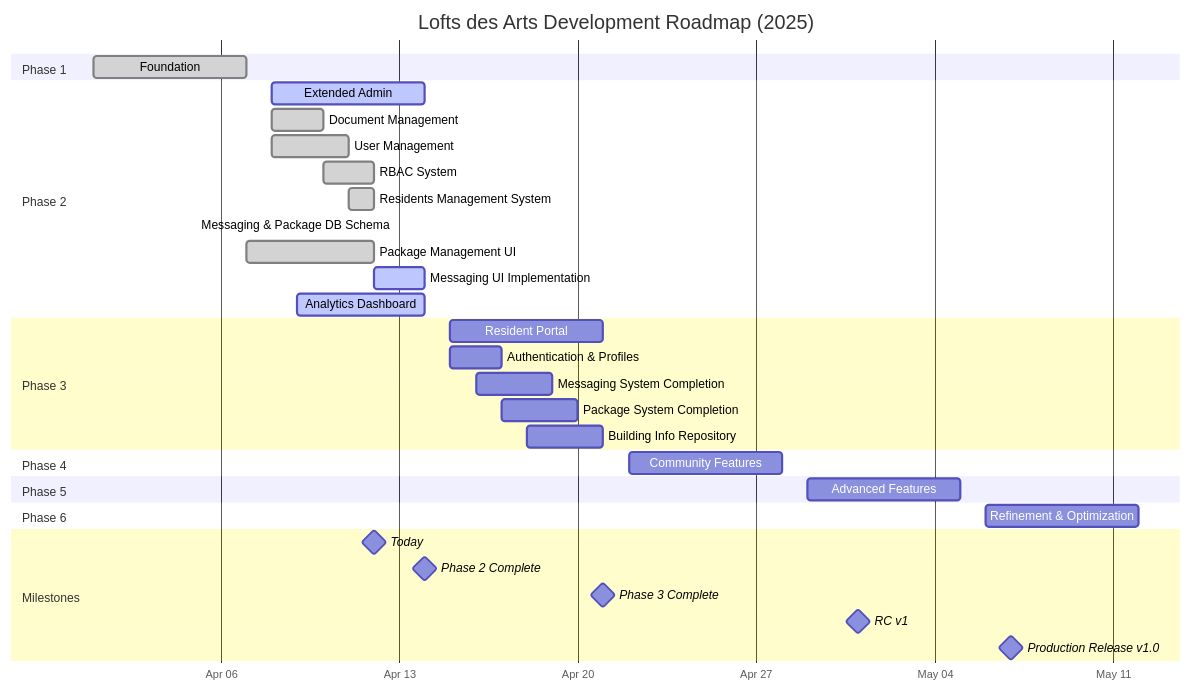
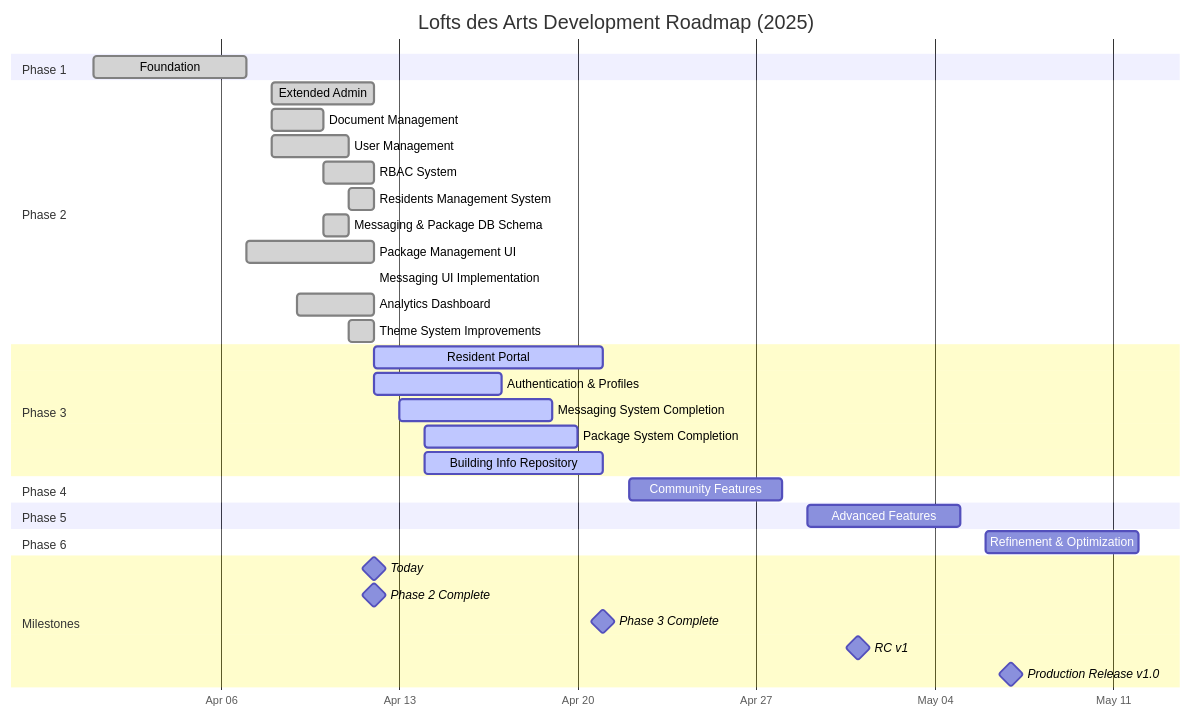
Before and after one commit to mrj0nesmtl/loftsdesarts: the diagram in docs/project-management/ROADMAP.md, drawn with Mermaid. The commit also changed other lines of this file and 38 other files, not shown here.

Commit message:
Complete Phase 2 documentation and project structure improvements

````diff
--- a/docs/project-management/ROADMAP.md
+++ b/docs/project-management/ROADMAP.md
@@ -9,44 +9,45 @@
 ```mermaid
 gantt
     title Lofts des Arts Development Roadmap (2025)
     dateFormat YYYY-MM-DD
     axisFormat %b %d
     todayMarker on
     
     section Phase 1
     Foundation                       :done,    p1, 2025-04-01, 2025-04-07
     
     section Phase 2
-    Extended Admin                   :active,  p2, 2025-04-08, 2025-04-14
+    Extended Admin                   :done,    p2, 2025-04-08, 2025-04-12
     Document Management              :done,    dm, 2025-04-08, 2025-04-10
     User Management                  :done,    um, 2025-04-08, 2025-04-11
     RBAC System                      :done,    rbac, 2025-04-10, 2025-04-12
     Residents Management System      :done,    rms, 2025-04-11, 2025-04-12
-    Messaging & Package DB Schema    :done,    mpdb, 2025-04-12, 2025-04-05
+    Messaging & Package DB Schema    :done,    mpdb, 2025-04-10, 2025-04-11
     Package Management UI            :done,    pmui, 2025-04-07, 2025-04-12
-    Messaging UI Implementation      :active,  mui, 2025-04-12, 2025-04-14
-    Analytics Dashboard              :active,  ad, 2025-04-09, 2025-04-14
+    Messaging UI Implementation      :done,    mui, 2025-04-12, 2025-04-12
+    Analytics Dashboard              :done,    ad, 2025-04-09, 2025-04-12
+    Theme System Improvements        :done,    tsi, 2025-04-11, 2025-04-12
     
     section Phase 3
-    Resident Portal                  :         p3, 2025-04-15, 2025-04-21
-    Authentication & Profiles        :         auth, 2025-04-15, 2025-04-17
-    Messaging System Completion      :         msgcomp, 2025-04-16, 2025-04-19
-    Package System Completion        :         pkgcomp, 2025-04-17, 2025-04-20
-    Building Info Repository         :         repo, 2025-04-18, 2025-04-21
+    Resident Portal                  :active,  p3, 2025-04-12, 2025-04-21
+    Authentication & Profiles        :active,  auth, 2025-04-12, 2025-04-17
+    Messaging System Completion      :active,  msgcomp, 2025-04-13, 2025-04-19
+    Package System Completion        :active,  pkgcomp, 2025-04-14, 2025-04-20
+    Building Info Repository         :active,  repo, 2025-04-14, 2025-04-21
     
     section Phase 4
     Community Features               :         p4, 2025-04-22, 2025-04-28
     
     section Phase 5
     Advanced Features                :         p5, 2025-04-29, 2025-05-05
     
     section Phase 6
     Refinement & Optimization        :         p6, 2025-05-06, 2025-05-12
     
     section Milestones
     Today                            :milestone, today, 2025-04-12, 0d
-    Phase 2 Complete                 :milestone, m1, 2025-04-14, 0d
+    Phase 2 Complete                 :milestone, m1, 2025-04-12, 0d
     Phase 3 Complete                 :milestone, m2, 2025-04-21, 0d
     RC v1                            :milestone, m3, 2025-05-01, 0d
     Production Release v1.0          :milestone, m4, 2025-05-07, 0d
 ```
````
